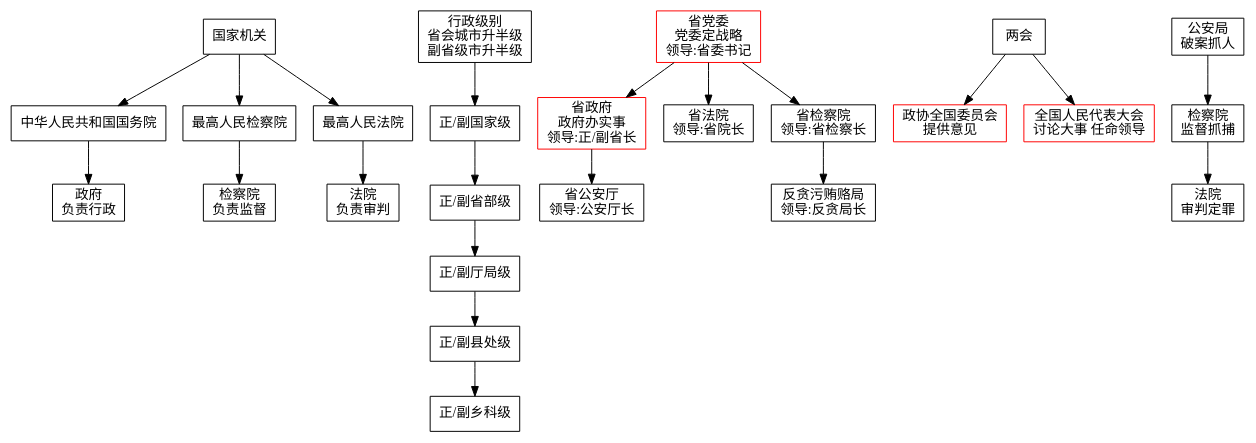
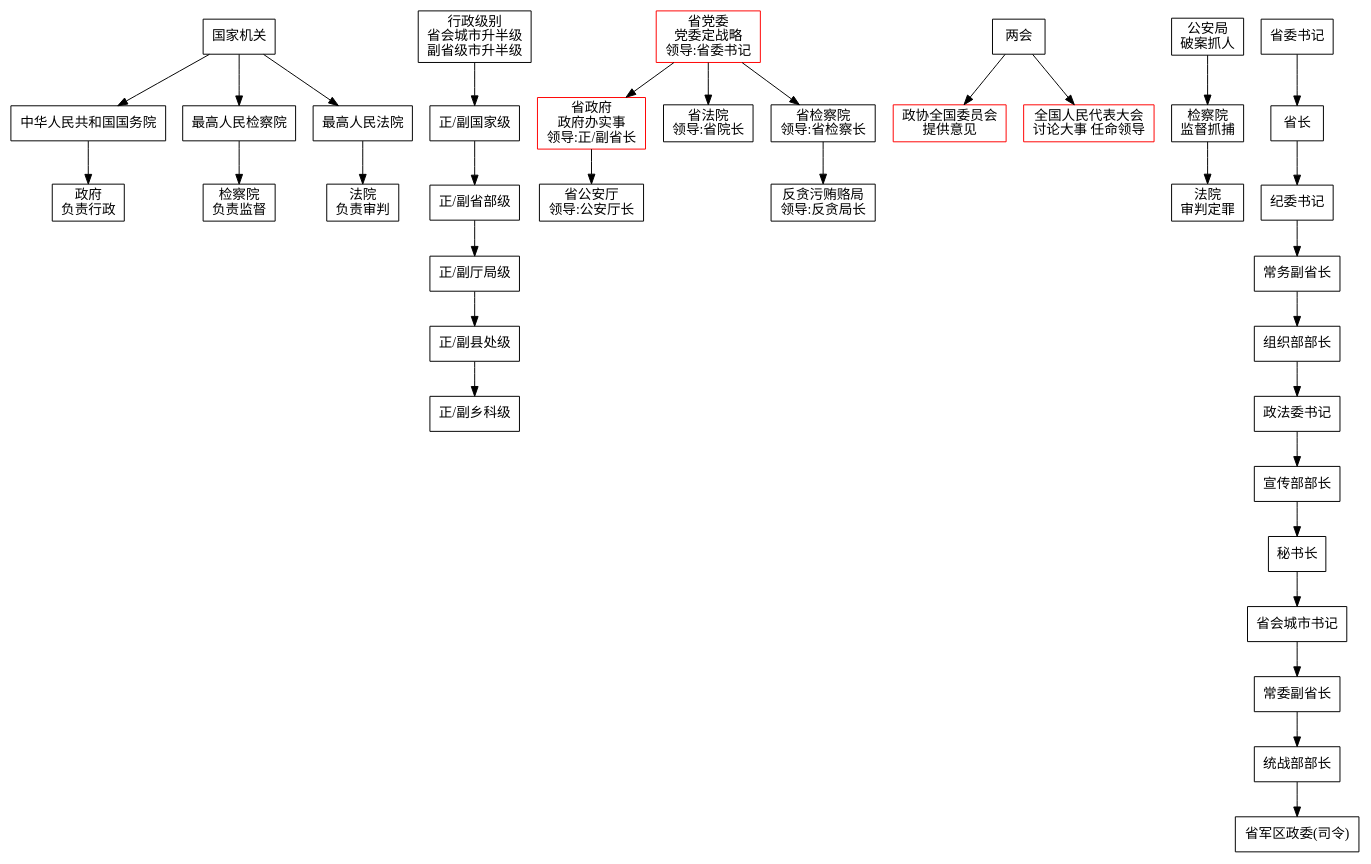
Before and after one commit to JamesHopbourn/matplotlib-with-travis: the diagram in Gov.dot, drawn with Graphviz.

```diff
--- a/Gov.dot
+++ b/Gov.dot
@@ -1,24 +1,25 @@
 digraph Orthogonal {
   node [shape=box];
   "国家机关" -> "中华人民共和国国务院" -> "政府\n负责行政";
   "国家机关" -> "最高人民检察院" -> "检察院\n负责监督";
   "国家机关" -> "最高人民法院" -> "法院\n负责审判";
 
   "行政级别\n省会城市升半级\n副省级市升半级" -> "正/副国家级" -> "正/副省部级" -> "正/副厅局级" -> "正/副县处级" -> "正/副乡科级";
 
   "省党委\n党委定战略\n领导:省委书记" [color="#FF0000"];
   "省政府\n政府办实事\n领导:正/副省长" [color="#FF0000"];
   "政协全国委员会\n提供意见" [color="#FF0000"];
   "全国人民代表大会\n讨论大事 任命领导" [color="#FF0000"];
 
 
   "省党委\n党委定战略\n领导:省委书记" -> "省政府\n政府办实事\n领导:正/副省长" -> "省公安厅\n领导:公安厅长";
   "省党委\n党委定战略\n领导:省委书记" -> "省法院\n领导:省院长";
   "省党委\n党委定战略\n领导:省委书记" -> "省检察院\n领导:省检察长" -> "反贪污贿赂局\n领导:反贪局长"; 
 
   "两会" -> "全国人民代表大会\n讨论大事 任命领导";
   "两会" -> "政协全国委员会\n提供意见";
 
   "公安局\n破案抓人" -> "检察院\n监督抓捕" -> "法院\n审判定罪";
-
+  
+  "省委书记" -> "省长" -> "纪委书记" -> "常务副省长" -> "组织部部长" -> "政法委书记" -> "宣传部部长" -> "秘书长" -> "省会城市书记" -> "常委副省长" -> "统战部部长" -> "省军区政委(司令)";
 }
```
